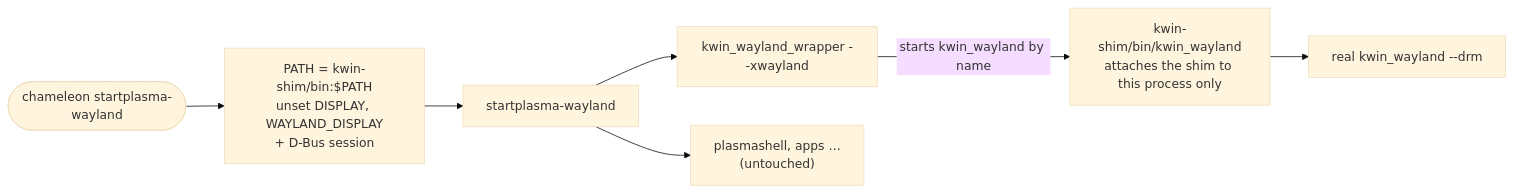
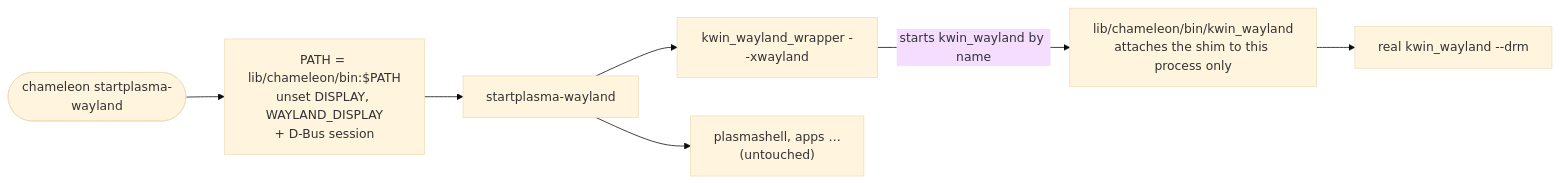
Before and after one commit to HarryL0L/Project-Chameleon: the third of 3 diagrams in README.md, drawn with Mermaid (base theme). The commit also changed other lines of this file and 5 other files, not shown here.

First line of the commit message:
Rename the shim folder to chameleon/ and build a Termux .deb

````diff
--- a/README.md
+++ b/README.md
@@ -214,9 +214,9 @@
 ```mermaid
 flowchart LR
-    U(["chameleon startplasma-wayland"]) --> P["PATH = kwin-shim/bin:$PATH<br/>unset DISPLAY, WAYLAND_DISPLAY<br/>+ D-Bus session"]
+    U(["chameleon startplasma-wayland"]) --> P["PATH = lib/chameleon/bin:$PATH<br/>unset DISPLAY, WAYLAND_DISPLAY<br/>+ D-Bus session"]
     P --> SP["startplasma-wayland"]
     SP --> W["kwin_wayland_wrapper --xwayland"]
-    W -->|"starts kwin_wayland by name"| B["kwin-shim/bin/kwin_wayland<br/>attaches the shim to this process only"]
+    W -->|"starts kwin_wayland by name"| B["lib/chameleon/bin/kwin_wayland<br/>attaches the shim to this process only"]
     B --> R["real kwin_wayland --drm"]
     SP --> PS["plasmashell, apps …<br/>(untouched)"]
 ```
````
